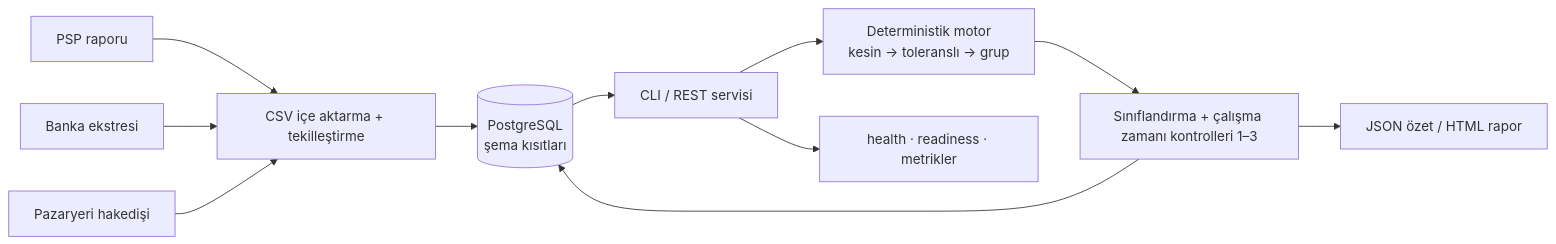
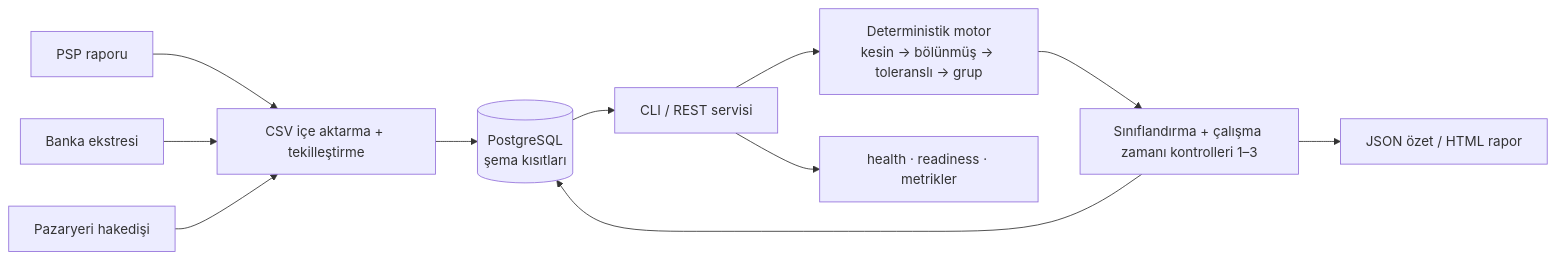
One commit to hilberspace-dev/portfolio changed the diagram in projects/03-reconpilot-payment-reconciliation/README.tr.md. Above: the diagram before and after it, drawn with Mermaid. The commit also changed other lines of this file and 3 other files, not shown here.

````diff
--- a/projects/03-reconpilot-payment-reconciliation/README.tr.md
+++ b/projects/03-reconpilot-payment-reconciliation/README.tr.md
@@ -53,13 +53,13 @@
 ```mermaid
 flowchart LR
     P["PSP raporu"] --> I["CSV içe aktarma + tekilleştirme"]
     B["Banka ekstresi"] --> I
     M["Pazaryeri hakedişi"] --> I
     I --> DB[("PostgreSQL<br/>şema kısıtları")]
     DB --> S["CLI / REST servisi"]
-    S --> E["Deterministik motor<br/>kesin → toleranslı → grup"]
+    S --> E["Deterministik motor<br/>kesin → bölünmüş → toleranslı → grup"]
     E --> V["Sınıflandırma + çalışma zamanı kontrolleri 1–3"]
     V --> DB
     V --> O["JSON özet / HTML rapor"]
     S --> X["health · readiness · metrikler"]
 ```
````
